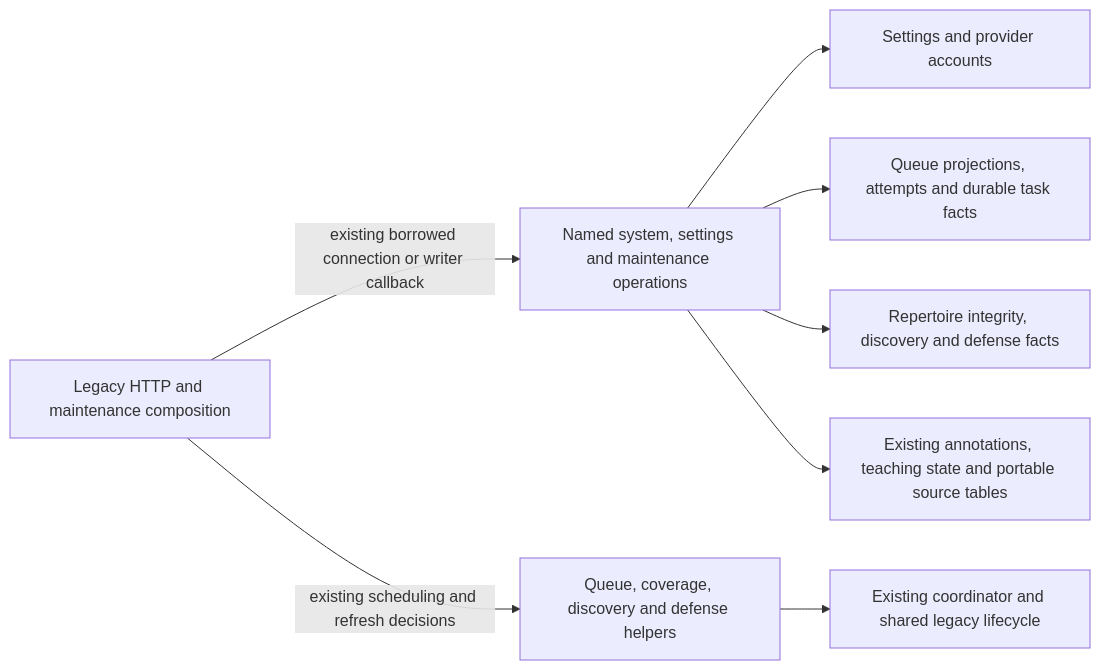
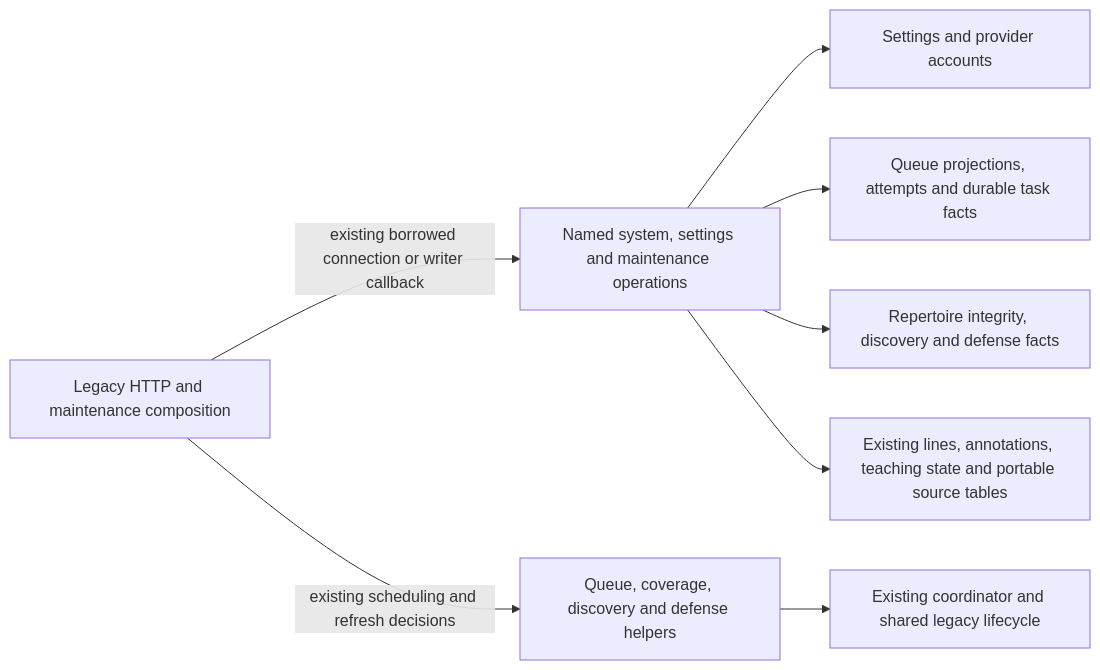
One commit to aaweaver-actuary/tempo changed the diagram in database/tempo_legacy_database/adapters/http_composition/README.md. Above: the diagram before and after it, drawn with Mermaid. The commit also changed other lines of this file and 4 other files, not shown here.

````diff
--- a/database/tempo_legacy_database/adapters/http_composition/README.md
+++ b/database/tempo_legacy_database/adapters/http_composition/README.md
@@ -15,10 +16,10 @@
 ```mermaid
 flowchart LR
   http[Legacy HTTP and maintenance composition] -->|existing borrowed connection or writer callback| store[Named system, settings and maintenance operations]
   http -->|existing scheduling and refresh decisions| jobs[Queue, coverage, discovery and defense helpers]
   store --> settings[Settings and provider accounts]
   store --> queue[Queue projections, attempts and durable task facts]
   store --> source[Repertoire integrity, discovery and defense facts]
-  store --> authoring[Existing annotations, teaching state and portable source tables]
+  store --> authoring[Existing lines, annotations, teaching state and portable source tables]
   jobs --> lifecycle[Existing coordinator and shared legacy lifecycle]
 ```
````
